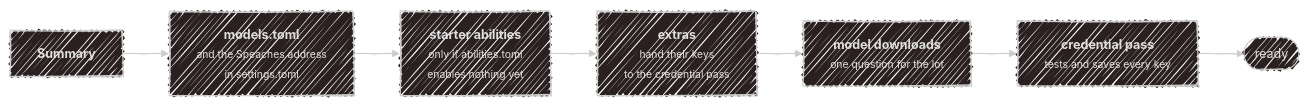
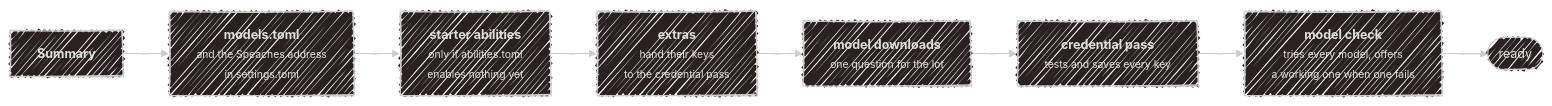
The fourth of 4 diagrams in docs/configuration/wizard.md (SubZtep/kaja), drawn with Mermaid before and after one commit. The commit also changed other lines of this file and 12 other files, not shown here.

First line of the commit message:
feat: doctor tests every model and offers to switch a broken one

````diff
--- a/docs/configuration/wizard.md
+++ b/docs/configuration/wizard.md
@@ -182,14 +182,15 @@
 ```mermaid
 ---
 config:
   look: handDrawn
   theme: neo-dark
 ---
 flowchart LR
     S["<b>Summary</b>"] --> W["<b>models.toml</b><br><small>and the Speaches address<br>in settings.toml</small>"]
     W --> A["<b>starter abilities</b><br><small>only if abilities.toml<br>enables nothing yet</small>"]
     A --> E["<b>extras</b><br><small>hand their keys<br>to the credential pass</small>"]
     E --> D["<b>model downloads</b><br><small>one question for the lot</small>"]
     D --> C["<b>credential pass</b><br><small>tests and saves every key</small>"]
-    C --> R(["ready"])
+    C --> M["<b>model check</b><br><small>tries every model, offers<br>a working one when one fails</small>"]
+    M --> R(["ready"])
 ```
````
